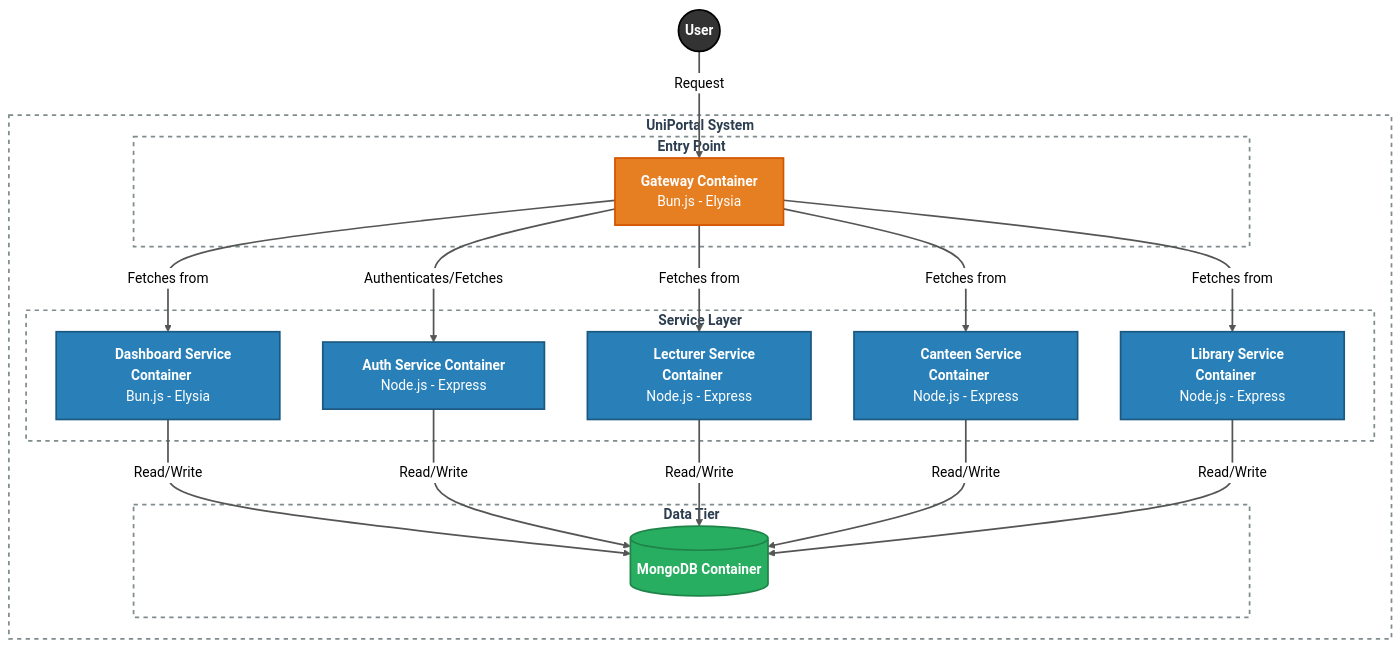
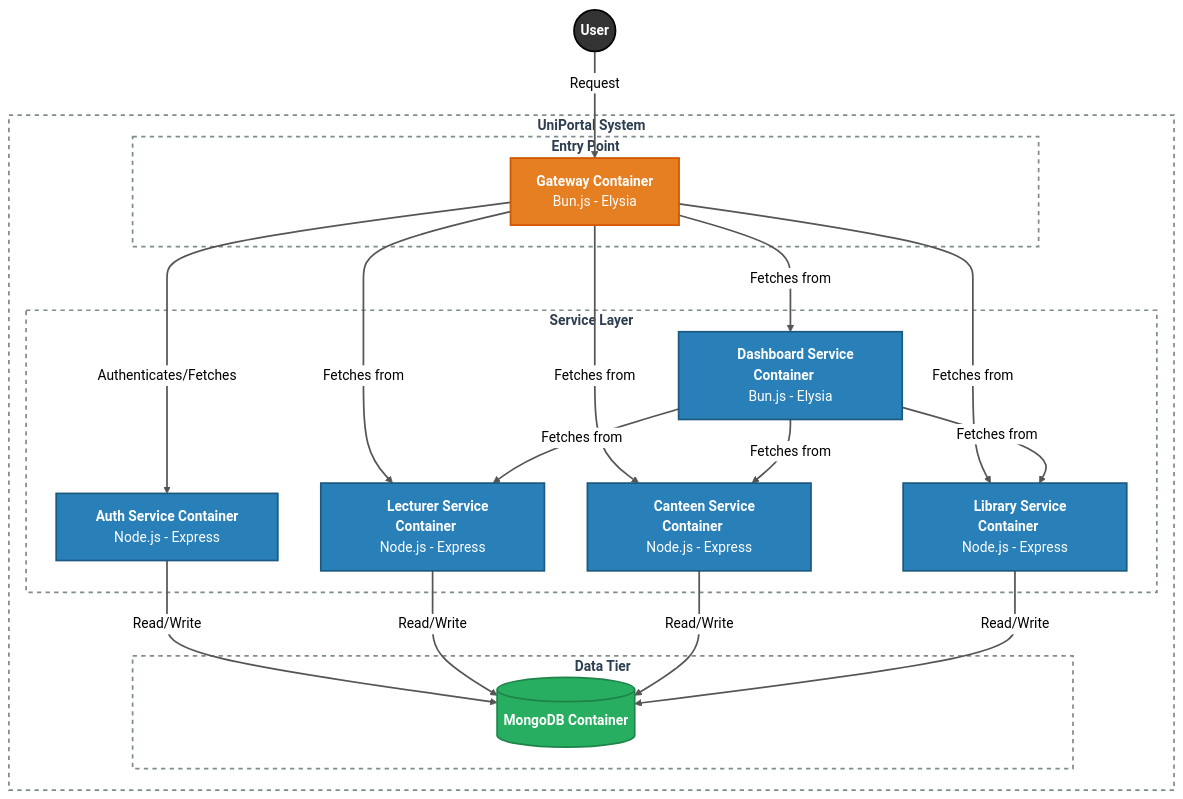
The diagram in README.md (thaminuZs/uni-portal-microservices), drawn with Mermaid (neutral theme) before and after one commit.

Commit message:
md update 15

````diff
--- a/README.md
+++ b/README.md
@@ -3,52 +3,57 @@
 ```mermaid
 graph TD
     %% Class Definitions
     classDef userStyle fill:#333,stroke:#000,stroke-width:2px,color:#fff;
     classDef gatewayStyle fill:#E67E22,stroke:#D35400,stroke-width:2px,color:#fff;
     classDef serviceStyle fill:#2980B9,stroke:#1C5980,stroke-width:2px,color:#fff;
     classDef dbStyle fill:#27AE60,stroke:#1E8449,stroke-width:2px,color:#fff;
     classDef boundaryStyle fill:#ffffff,stroke:#7F8C8D,stroke-width:2px,stroke-dasharray: 5 5,color:#2C3E50;
 
     %% External User
     User((<b>User</b>)):::userStyle
 
     subgraph SystemBoundary ["<b>UniPortal System</b>"]
         
         subgraph Layer1 ["<b>Entry Point</b>"]
             Gateway["<b>Gateway Container</b><br>Bun.js - Elysia"]:::gatewayStyle
         end
 
         subgraph Layer2 ["<b>Service Layer</b>"]
             Dashboard["&nbsp;&nbsp;&nbsp;&nbsp;<b>Dashboard Service Container</b>&nbsp;&nbsp;&nbsp;&nbsp;<br>Bun.js - Elysia"]:::serviceStyle
             Auth["&nbsp;&nbsp;&nbsp;&nbsp;<b>Auth Service Container</b>&nbsp;&nbsp;&nbsp;&nbsp;<br>Node.js - Express"]:::serviceStyle
             Lecturer["&nbsp;&nbsp;&nbsp;&nbsp;<b>Lecturer Service Container</b>&nbsp;&nbsp;&nbsp;&nbsp;<br>Node.js - Express"]:::serviceStyle
             Canteen["&nbsp;&nbsp;&nbsp;&nbsp;<b>Canteen Service Container</b>&nbsp;&nbsp;&nbsp;&nbsp;<br>Node.js - Express"]:::serviceStyle
             Library["&nbsp;&nbsp;&nbsp;&nbsp;<b>Library Service Container</b>&nbsp;&nbsp;&nbsp;&nbsp;<br>Node.js - Express"]:::serviceStyle
         end
 
         subgraph Layer3 ["<b>Data Tier</b>"]
             DB[("<b>MongoDB Container</b>")]:::dbStyle
         end
     end
 
     %% Communication Flow
     User -- "Request" --> Gateway
     
     Gateway -- "Fetches from" --> Dashboard
     Gateway -- "Authenticates/Fetches" --> Auth
     Gateway -- "Fetches from" --> Lecturer
     Gateway -- "Fetches from" --> Canteen
     Gateway -- "Fetches from" --> Library
 
-    Dashboard -- "Read/Write" --> DB
+    %% Dashboard Inter-service Communication
+    Dashboard -- "Fetches from" --> Lecturer
+    Dashboard -- "Fetches from" --> Canteen
+    Dashboard -- "Fetches from" --> Library
+
+    %% Service to DB Communication
     Auth -- "Read/Write" --> DB
     Lecturer -- "Read/Write" --> DB
     Canteen -- "Read/Write" --> DB
     Library -- "Read/Write" --> DB
 
     %% Apply Style to Boundaries
     class SystemBoundary,Layer1,Layer2,Layer3 boundaryStyle
 
     %% FORCING ARROW VISIBILITY
     linkStyle default stroke:#555,stroke-width:2px;
 ```
````
